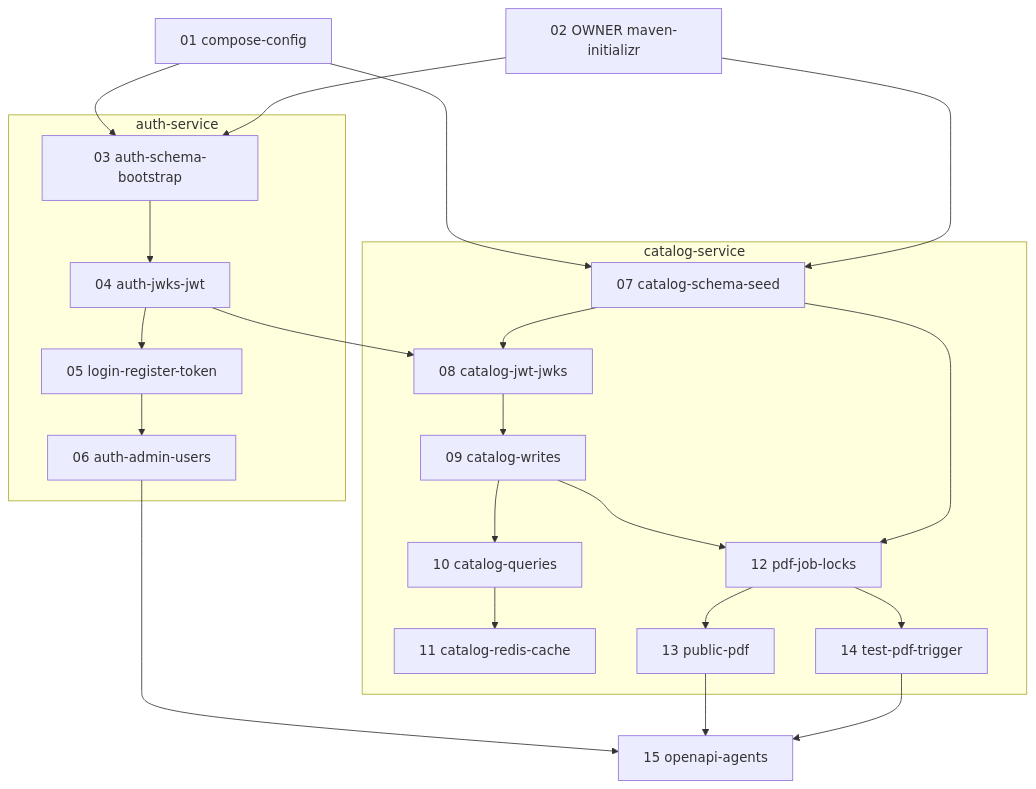
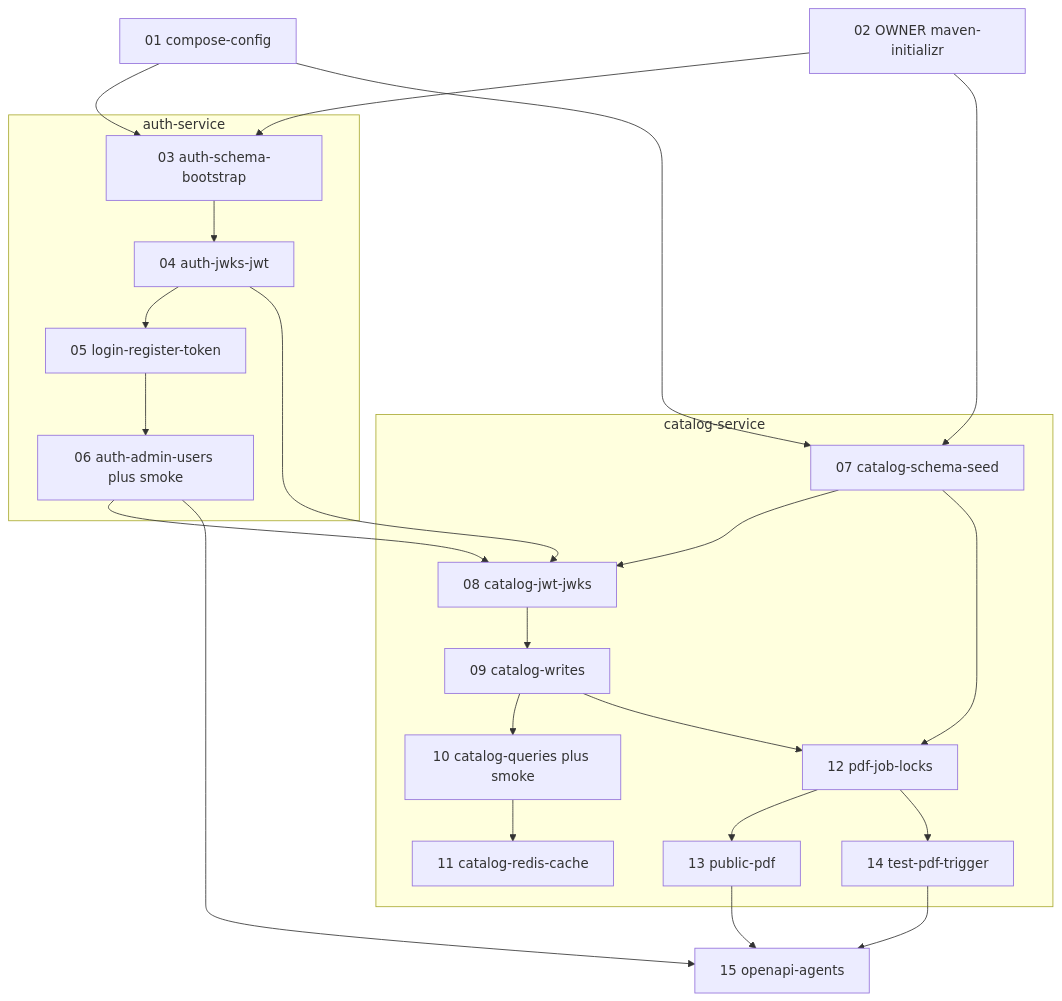
Before and after one commit to PereRohit/create-your-pizza: the diagram in docs/build-plan.md, drawn with Mermaid. The commit also changed other lines of this file and 8 other files, not shown here.

````diff
--- a/docs/build-plan.md
+++ b/docs/build-plan.md
@@ -213,41 +233,42 @@
 ```mermaid
 flowchart TB
   s01["01 compose-config"]
   s02["02 OWNER maven-initializr"]
 
   subgraph auth ["auth-service"]
     s03["03 auth-schema-bootstrap"]
     s04["04 auth-jwks-jwt"]
     s05["05 login-register-token"]
-    s06["06 auth-admin-users"]
+    s06["06 auth-admin-users plus smoke"]
     s03 --> s04 --> s05 --> s06
   end
 
   subgraph catalog ["catalog-service"]
     s07["07 catalog-schema-seed"]
     s08["08 catalog-jwt-jwks"]
     s09["09 catalog-writes"]
-    s10["10 catalog-queries"]
+    s10["10 catalog-queries plus smoke"]
     s11["11 catalog-redis-cache"]
     s12["12 pdf-job-locks"]
     s13["13 public-pdf"]
     s14["14 test-pdf-trigger"]
     s07 --> s08 --> s09
     s09 --> s10 --> s11
     s09 --> s12
     s07 --> s12
     s12 --> s13
     s12 --> s14
   end
 
   s15["15 openapi-agents"]
 
   s01 --> s03
   s02 --> s03
   s01 --> s07
   s02 --> s07
   s04 --> s08
+  s06 --> s08
   s06 --> s15
   s13 --> s15
   s14 --> s15
 ```
````
